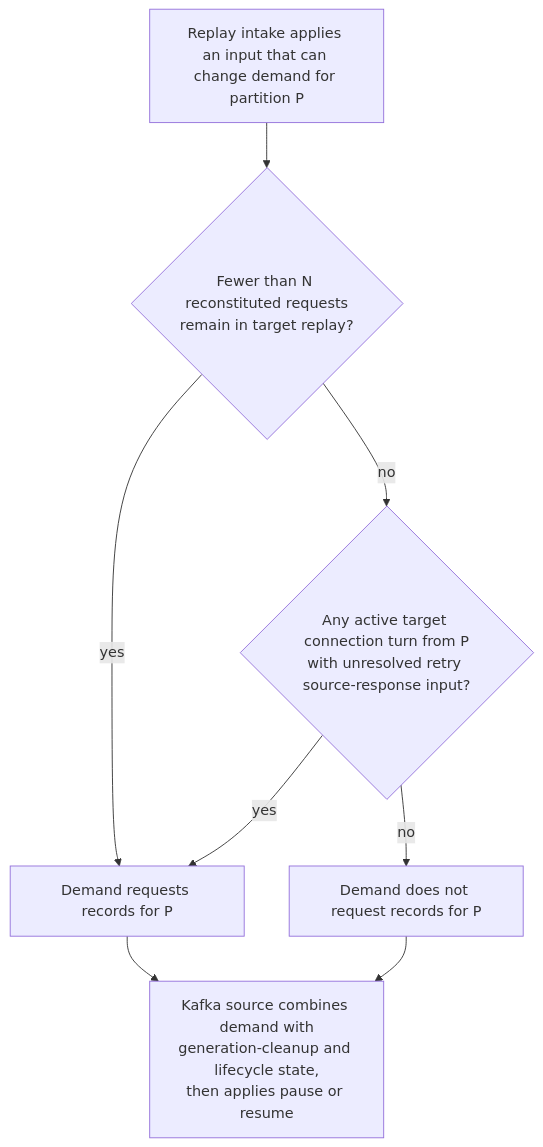
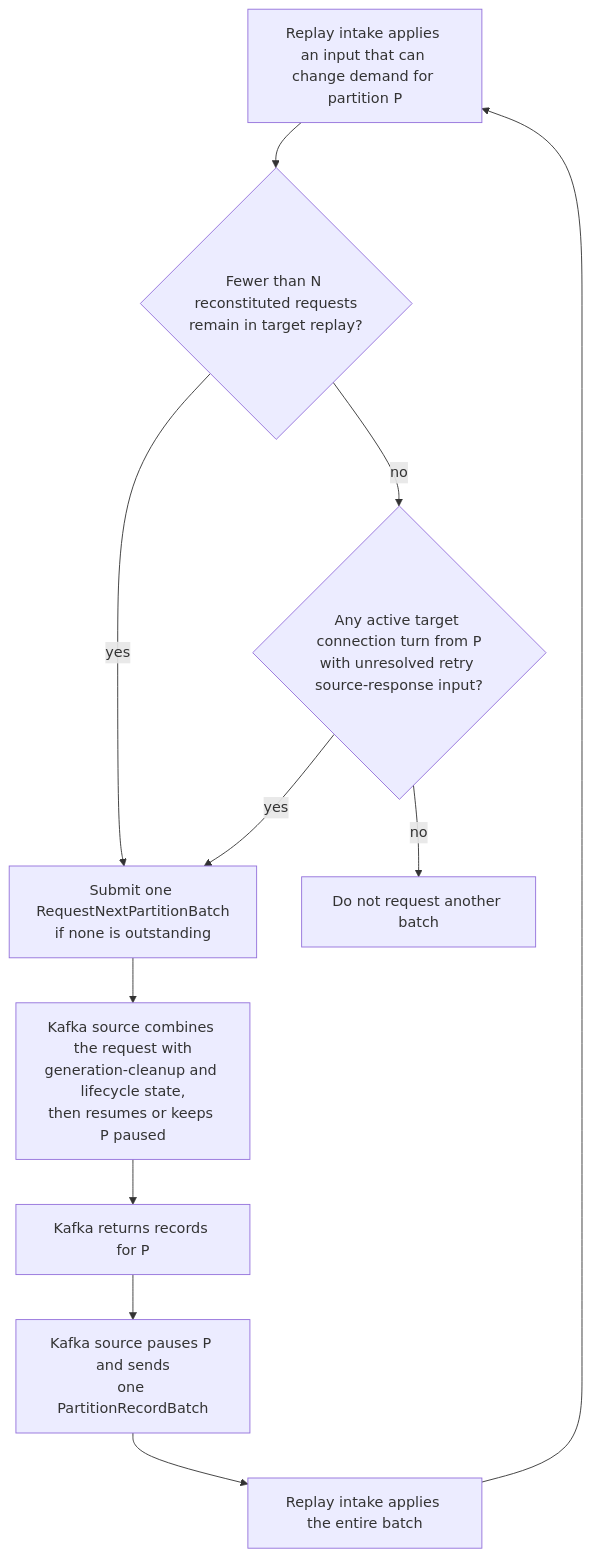
The second of 4 diagrams in docs/replayerProcessingAndCommitArchitecture.md (opensearch-project/opensearch-migrations), drawn with Mermaid before and after one commit. The commit also changed other lines of this file and 6 other files, not shown here.

Commit message:
Define replayer low-level architecture

````diff
--- a/docs/replayerProcessingAndCommitArchitecture.md
+++ b/docs/replayerProcessingAndCommitArchitecture.md
@@ -970,17 +1015,23 @@
 ```mermaid
 flowchart TD
     A["Replay intake applies an input that can change demand for partition P"]
     B{"Fewer than N reconstituted requests<br/>remain in target replay?"}
     C{"Any active target connection turn from P<br/>with unresolved retry source-response input?"}
-    D["Demand requests records for P"]
-    E["Demand does not request records for P"]
-    F["Kafka source combines demand with<br/>generation-cleanup and lifecycle state,<br/>then applies pause or resume"]
+    D["Submit one RequestNextPartitionBatch<br/>if none is outstanding"]
+    E["Do not request another batch"]
+    F["Kafka source combines the request with<br/>generation-cleanup and lifecycle state,<br/>then resumes or keeps P paused"]
+    G["Kafka returns records for P"]
+    H["Kafka source pauses P and sends<br/>one PartitionRecordBatch"]
+    I["Replay intake applies the entire batch"]
 
     A --> B
     B -->|"yes"| D
     B -->|"no"| C
     C -->|"yes"| D
     C -->|"no"| E
     D --> F
-    E --> F
+    F --> G
+    G --> H
+    H --> I
+    I --> A
 ```
````
